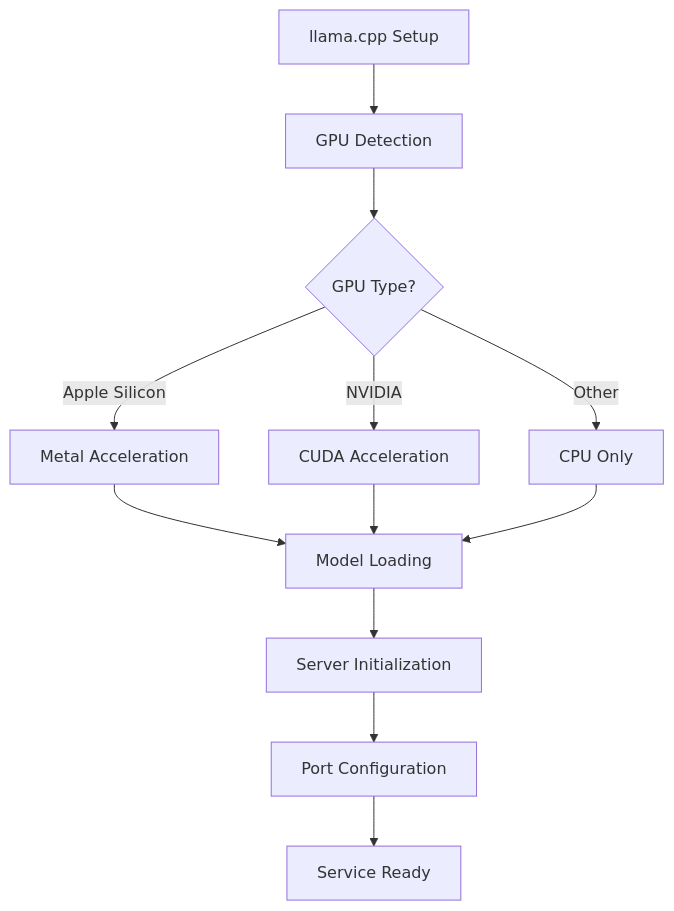
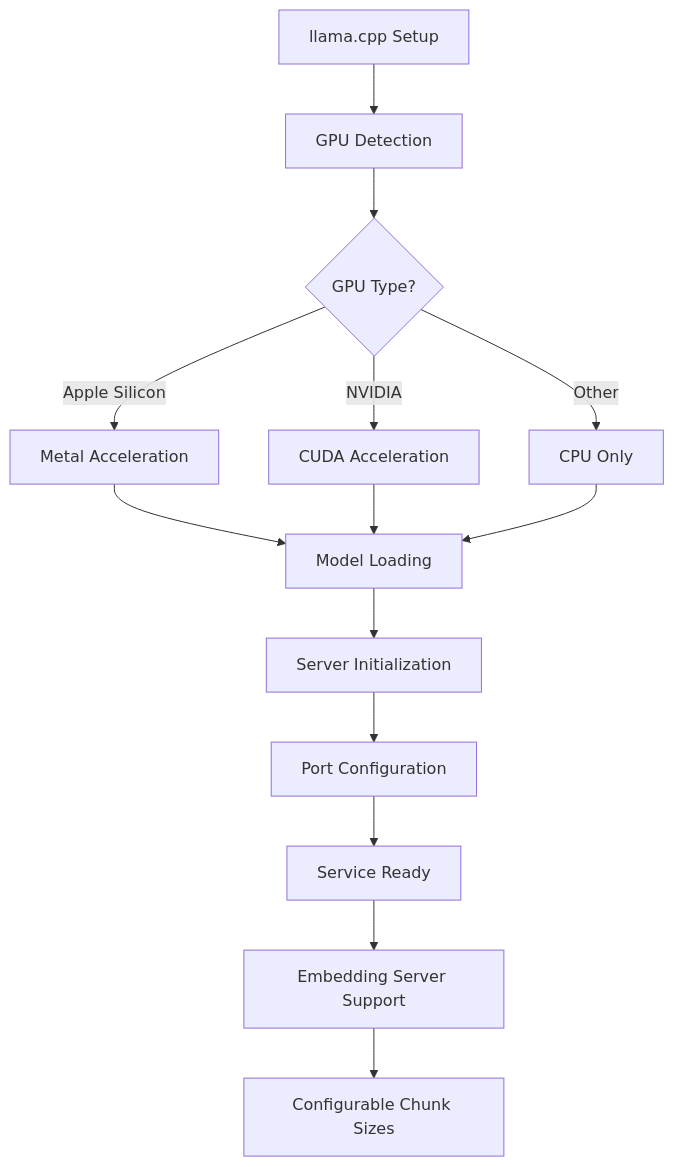
Before and after one commit to ognelis/cafetera_hr_bot: the fifth of 9 diagrams in .qoder/repowiki/en/content/Configuration Management/LLM Providers Configuration.md, drawn with Mermaid. The commit also changed other lines of this file and 6 other files, not shown here.

````diff
--- a/.qoder/repowiki/en/content/Configuration Management/LLM Providers Configuration.md
+++ b/.qoder/repowiki/en/content/Configuration Management/LLM Providers Configuration.md
@@ -258,14 +275,16 @@
 ```mermaid
 flowchart TD
 A["llama.cpp Setup"] --> B["GPU Detection"]
 B --> C{"GPU Type?"}
 C --> |Apple Silicon| D["Metal Acceleration"]
 C --> |NVIDIA| E["CUDA Acceleration"]
 C --> |Other| F["CPU Only"]
 D --> G["Model Loading"]
 E --> G
 F --> G
 G --> H["Server Initialization"]
 H --> I["Port Configuration"]
 I --> J["Service Ready"]
+J --> K["Embedding Server Support"]
+K --> L["Configurable Chunk Sizes"]
 ```
````
